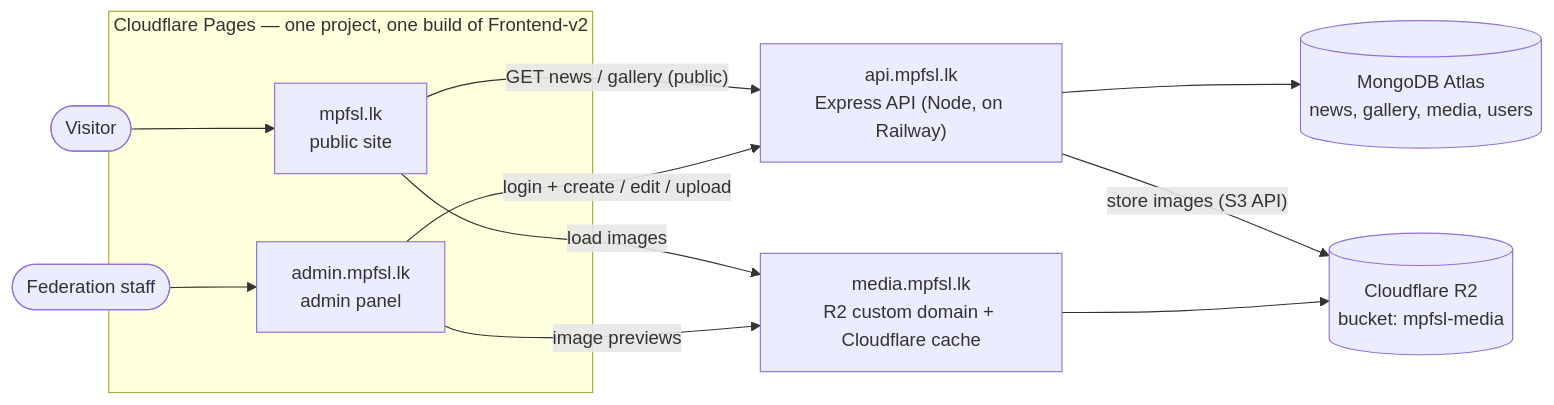
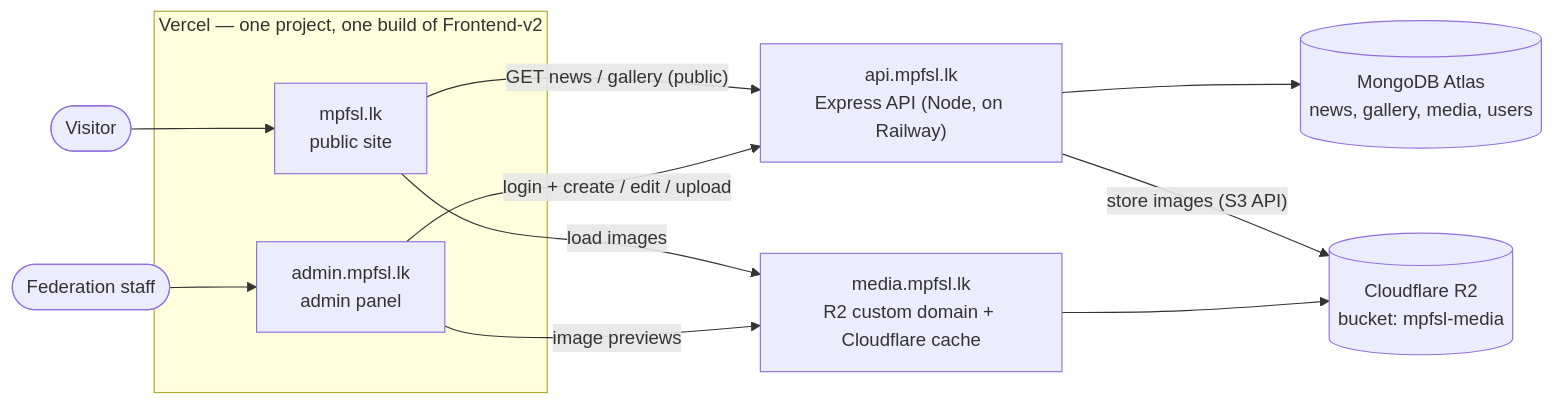
The diagram in documentation/architecture.md (iroshansam78/MPFSL), drawn with Mermaid before and after one commit. The commit also changed other lines of this file and 38 other files, not shown here.

````diff
--- a/documentation/architecture.md
+++ b/documentation/architecture.md
@@ -5,20 +5,20 @@
 ```mermaid
 flowchart LR
   visitor([Visitor]) --> site["mpfsl.lk<br/>public site"]
   staff([Federation staff]) --> admin["admin.mpfsl.lk<br/>admin panel"]
 
-  subgraph pages["Cloudflare Pages — one project, one build of Frontend-v2"]
+  subgraph pages["Vercel — one project, one build of Frontend-v2"]
     site
     admin
   end
 
   site -- "GET news / gallery (public)" --> api["api.mpfsl.lk<br/>Express API (Node, on Railway)"]
   admin -- "login + create / edit / upload" --> api
 
   api --> db[("MongoDB Atlas<br/>news, gallery, media, users")]
   api -- "store images (S3 API)" --> r2[("Cloudflare R2<br/>bucket: mpfsl-media")]
 
   site -- "load images" --> cdn["media.mpfsl.lk<br/>R2 custom domain + Cloudflare cache"]
   admin -- "image previews" --> cdn
   cdn --> r2
 ```
````
